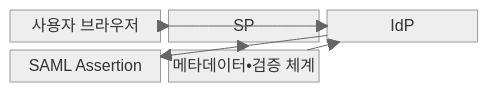
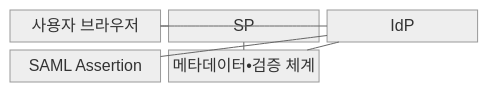
One commit to agnusdei1207/knowledge-base changed the first of 2 diagrams in src/content/docs/notes/05-security/058_saml.md. Above: the diagram before and after it, drawn with Mermaid (neutral theme). The commit also changed other lines of this file and 493 other files, not shown here.

````diff
--- a/src/content/docs/notes/05-security/058_saml.md
+++ b/src/content/docs/notes/05-security/058_saml.md
@@ -64,14 +64,14 @@
 ```mermaid
 block-beta
   columns 3
   A["사용자 브라우저"]
   B["SP"]
   C["IdP"]
   D["SAML Assertion"]
   E["메타데이터•검증 체계"]
-    A --> B
-    A --> C
-    C --> D
-    E --> B
-    E --> C
+    A --- B
+    A --- C
+    C --- D
+    E --- B
+    E --- C
 ```
````
